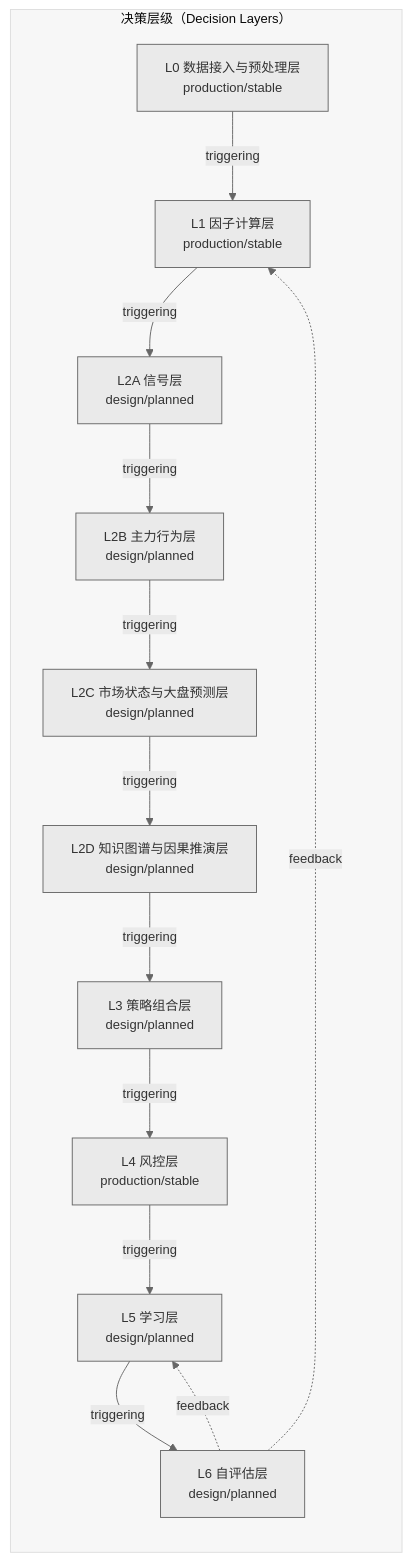
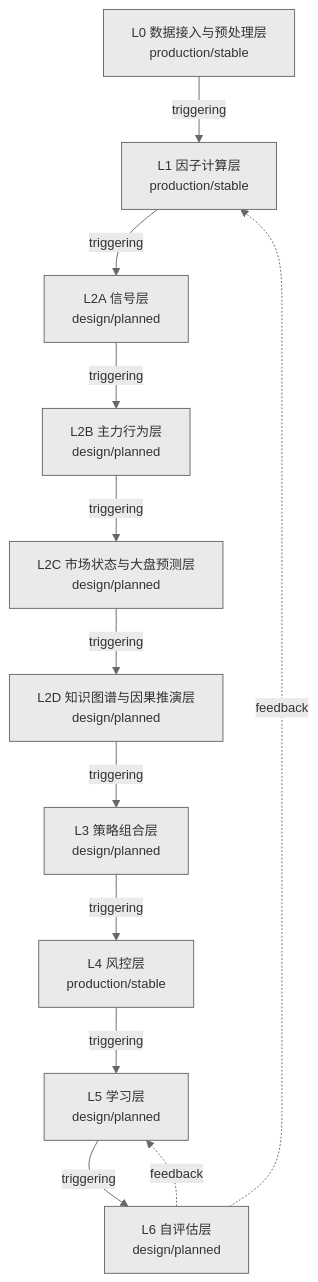
One commit to xuanFelixVan/ZephyrAlpha changed the diagram in docs/02_enterprise_architecture/06_decision_architecture/20_decision_layers.md. Above: the diagram before and after it, drawn with Mermaid. The commit also changed other lines of this file and 23 other files, not shown here.

First line of the commit message:
fix(decision-diagram): 去掉 subgraph + 加 secondaryColor 修复节点白色

````diff
--- a/docs/02_enterprise_architecture/06_decision_architecture/20_decision_layers.md
+++ b/docs/02_enterprise_architecture/06_decision_architecture/20_decision_layers.md
@@ -10,27 +10,25 @@
 ```mermaid
-%%{init: {'theme': 'base', 'themeVariables': {'primaryColor': '#eaeaea', 'primaryTextColor': '#333333', 'primaryBorderColor': '#666666', 'lineColor': '#666666', 'fontSize': '14px'}}}%%
-flowchart LR
-    subgraph layers_sg["决策层级（Decision Layers）"]
-        LL0["L0 数据接入与预处理层<br/>production/stable"]
-        LL1["L1 因子计算层<br/>production/stable"]
-        LL2A["L2A 信号层<br/>design/planned"]
-        LL2B["L2B 主力行为层<br/>design/planned"]
-        LL2C["L2C 市场状态与大盘预测层<br/>design/planned"]
-        LL2D["L2D 知识图谱与因果推演层<br/>design/planned"]
-        LL3["L3 策略组合层<br/>design/planned"]
-        LL4["L4 风控层<br/>production/stable"]
-        LL5["L5 学习层<br/>design/planned"]
-        LL6["L6 自评估层<br/>design/planned"]
-    end
+%%{init: {'theme': 'base', 'themeVariables': {'primaryColor': '#eaeaea', 'primaryTextColor': '#333333', 'primaryBorderColor': '#666666', 'lineColor': '#666666', 'secondaryColor': '#eaeaea', 'tertiaryColor': '#eaeaea', 'fontSize': '14px'}}}%%
+flowchart TD
+    LL0["L0 数据接入与预处理层<br/>production/stable"]
+    LL1["L1 因子计算层<br/>production/stable"]
+    LL2A["L2A 信号层<br/>design/planned"]
+    LL2B["L2B 主力行为层<br/>design/planned"]
+    LL2C["L2C 市场状态与大盘预测层<br/>design/planned"]
+    LL2D["L2D 知识图谱与因果推演层<br/>design/planned"]
+    LL3["L3 策略组合层<br/>design/planned"]
+    LL4["L4 风控层<br/>production/stable"]
+    LL5["L5 学习层<br/>design/planned"]
+    LL6["L6 自评估层<br/>design/planned"]
     LL0 -->|triggering| LL1
     LL1 -->|triggering| LL2A
     LL2A -->|triggering| LL2B
     LL2B -->|triggering| LL2C
     LL2C -->|triggering| LL2D
     LL2D -->|triggering| LL3
     LL3 -->|triggering| LL4
     LL4 -->|triggering| LL5
     LL5 -->|triggering| LL6
     LL6 -.->|feedback| LL1
     LL6 -.->|feedback| LL5
 ```
````
